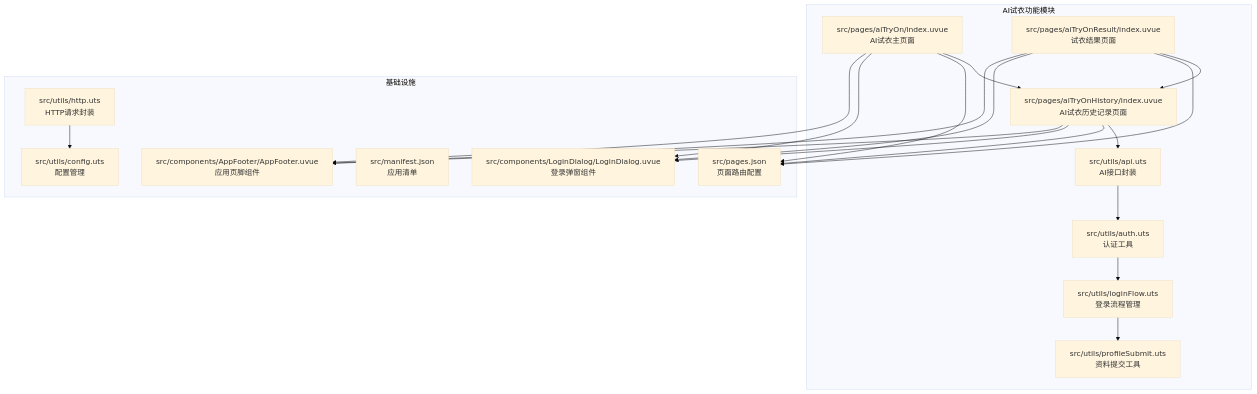
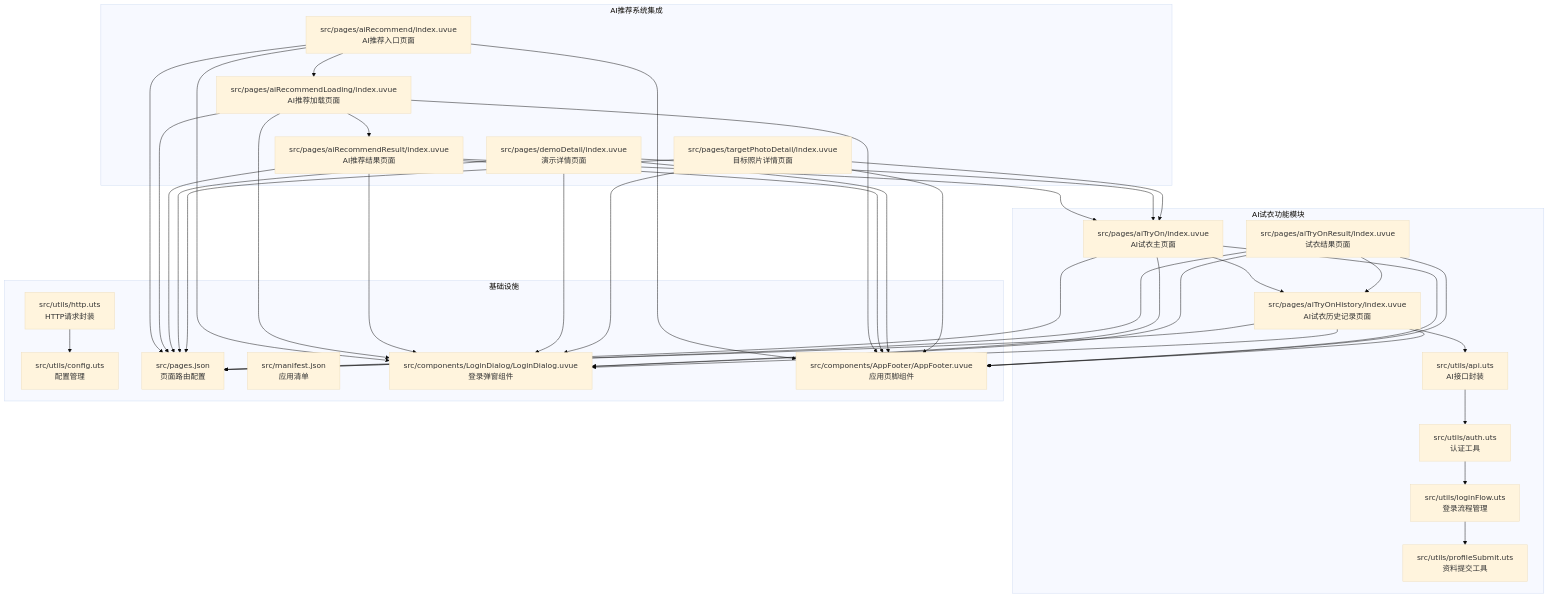
One commit to crazyma99/blueberry changed the first of 22 diagrams in .qoder/repowiki/zh/content/核心功能模块/AI试衣功能.md. Above: the diagram before and after it, drawn with Mermaid (base theme). The commit also changed other lines of this file and 6 other files, not shown here.

````diff
--- a/.qoder/repowiki/zh/content/核心功能模块/AI试衣功能.md
+++ b/.qoder/repowiki/zh/content/核心功能模块/AI试衣功能.md
@@ -60,36 +59,63 @@
 ```mermaid
 graph TB
 subgraph "AI试衣功能模块"
 A[src/pages/aiTryOn/index.uvue<br/>AI试衣主页面]
 B[src/pages/aiTryOnResult/index.uvue<br/>试衣结果页面]
 C[src/pages/aiTryOnHistory/index.uvue<br/>AI试衣历史记录页面]
 D[src/utils/api.uts<br/>AI接口封装]
 E[src/utils/auth.uts<br/>认证工具]
 F[src/utils/loginFlow.uts<br/>登录流程管理]
 G[src/utils/profileSubmit.uts<br/>资料提交工具]
 end
+subgraph "AI推荐系统集成"
+H[src/pages/aiRecommend/index.uvue<br/>AI推荐入口页面]
+I[src/pages/aiRecommendLoading/index.uvue<br/>AI推荐加载页面]
+J[src/pages/aiRecommendResult/index.uvue<br/>AI推荐结果页面]
+K[src/pages/demoDetail/index.uvue<br/>演示详情页面]
+L[src/pages/targetPhotoDetail/index.uvue<br/>目标照片详情页面]
+end
 subgraph "基础设施"
-H[src/utils/http.uts<br/>HTTP请求封装]
-I[src/utils/config.uts<br/>配置管理]
-J[src/pages.json<br/>页面路由配置]
-K[src/manifest.json<br/>应用清单]
-L[src/components/LoginDialog/LoginDialog.uvue<br/>登录弹窗组件]
-M[src/components/AppFooter/AppFooter.uvue<br/>应用页脚组件]
+M[src/utils/http.uts<br/>HTTP请求封装]
+N[src/utils/config.uts<br/>配置管理]
+O[src/pages.json<br/>页面路由配置]
+P[src/manifest.json<br/>应用清单]
+Q[src/components/LoginDialog/LoginDialog.uvue<br/>登录弹窗组件]
+R[src/components/AppFooter/AppFooter.uvue<br/>应用页脚组件]
 end
 A --> C
 B --> C
 C --> D
 D --> E
 E --> F
 F --> G
 H --> I
-A --> J
-B --> J
-C --> J
-A --> L
-B --> L
-C --> L
-A --> M
-B --> M
-C --> M
+I --> J
+J --> A
+K --> A
+L --> A
+M --> N
+A --> O
+B --> O
+C --> O
+H --> O
+I --> O
+J --> O
+K --> O
+L --> O
+A --> Q
+B --> Q
+C --> Q
+H --> Q
+I --> Q
+J --> Q
+K --> Q
+L --> Q
+A --> R
+B --> R
+C --> R
+H --> R
+I --> R
+J --> R
+K --> R
+L --> R
 ```
````
